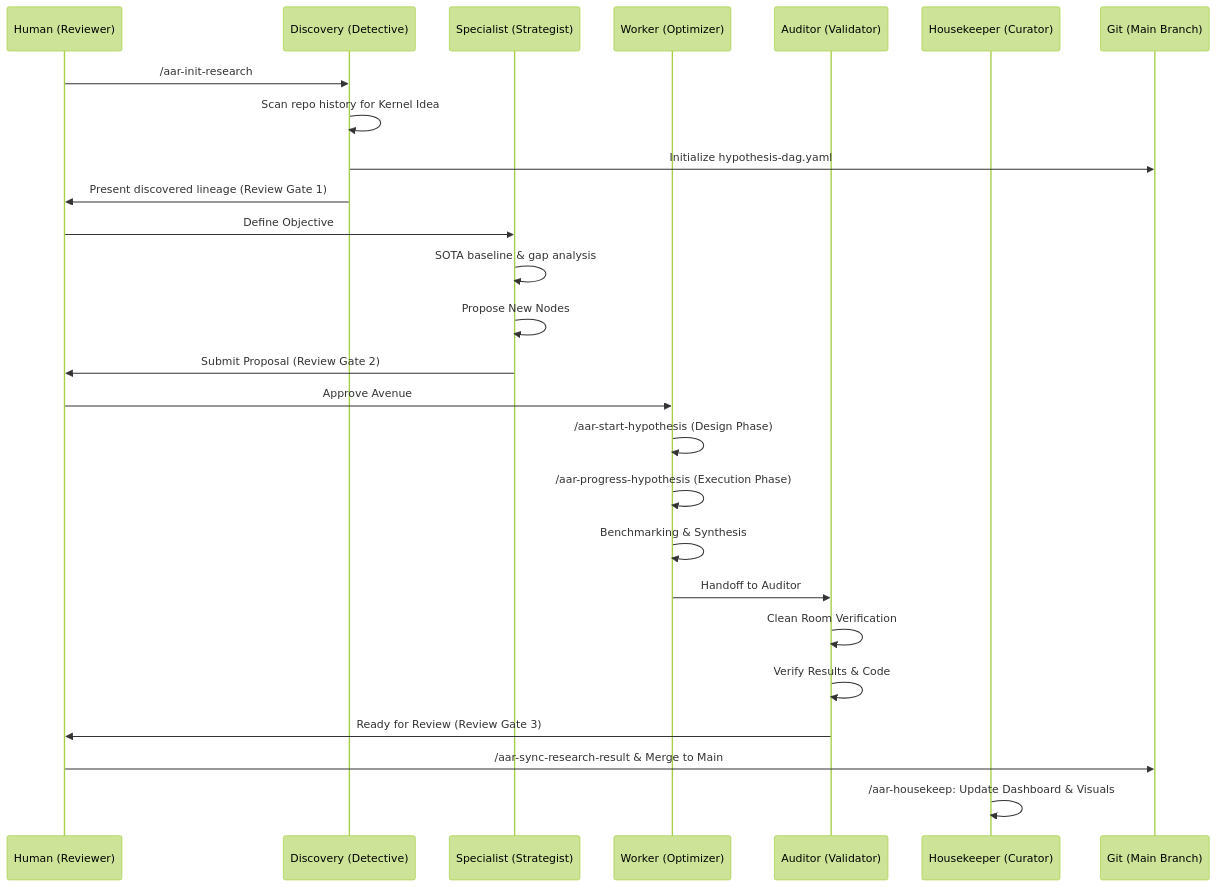
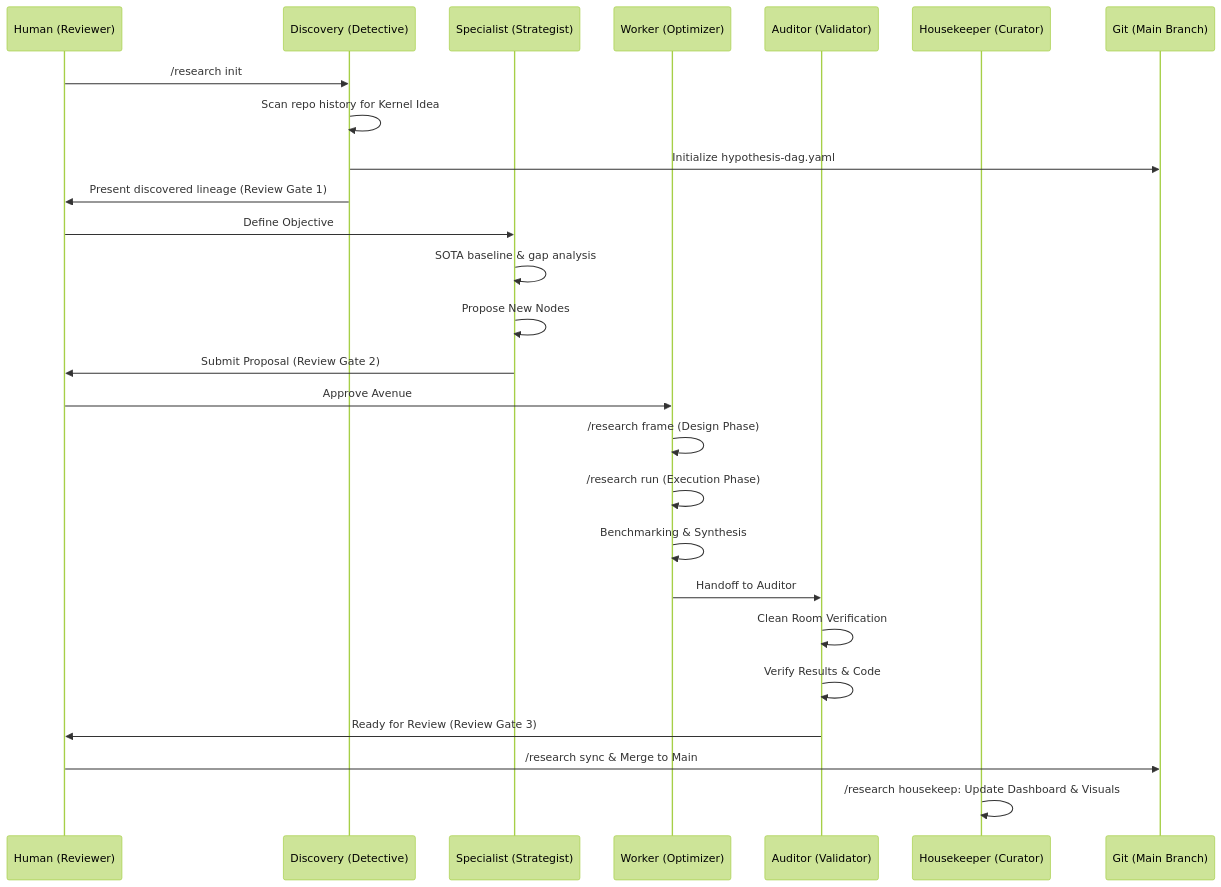
One commit to dermot-obrien/ai-assisted-research changed the second of 2 diagrams in docs/README.md. Above: the diagram before and after it, drawn with Mermaid (forest theme). The commit also changed other lines of this file and 84 other files, not shown here.

First line of the commit message:
feat!: merge the research skills into one skill, research 3.0.0 (AAR 2.0.0)

````diff
--- a/docs/README.md
+++ b/docs/README.md
@@ -72,29 +72,29 @@
 ```mermaid
 sequenceDiagram
     participant H as Human (Reviewer)
     participant D as Discovery (Detective)
     participant S as Specialist (Strategist)
     participant W as Worker (Optimizer)
     participant A as Auditor (Validator)
     participant K as Housekeeper (Curator)
     participant G as Git (Main Branch)
 
-    H->>D: /aar-init-research
+    H->>D: /research init
     D->>D: Scan repo history for Kernel Idea
     D->>G: Initialize hypothesis-dag.yaml
     D->>H: Present discovered lineage (Review Gate 1)
     H->>S: Define Objective
     S->>S: SOTA baseline & gap analysis
     S->>S: Propose New Nodes
     S->>H: Submit Proposal (Review Gate 2)
     H->>W: Approve Avenue
-    W->>W: /aar-start-hypothesis (Design Phase)
-    W->>W: /aar-progress-hypothesis (Execution Phase)
+    W->>W: /research frame (Design Phase)
+    W->>W: /research run (Execution Phase)
     W->>W: Benchmarking & Synthesis
     W->>A: Handoff to Auditor
     A->>A: Clean Room Verification
     A->>A: Verify Results & Code
     A->>H: Ready for Review (Review Gate 3)
-    H->>G: /aar-sync-research-result & Merge to Main
-    K->>K: /aar-housekeep: Update Dashboard & Visuals
+    H->>G: /research sync & Merge to Main
+    K->>K: /research housekeep: Update Dashboard & Visuals
 ```
````
